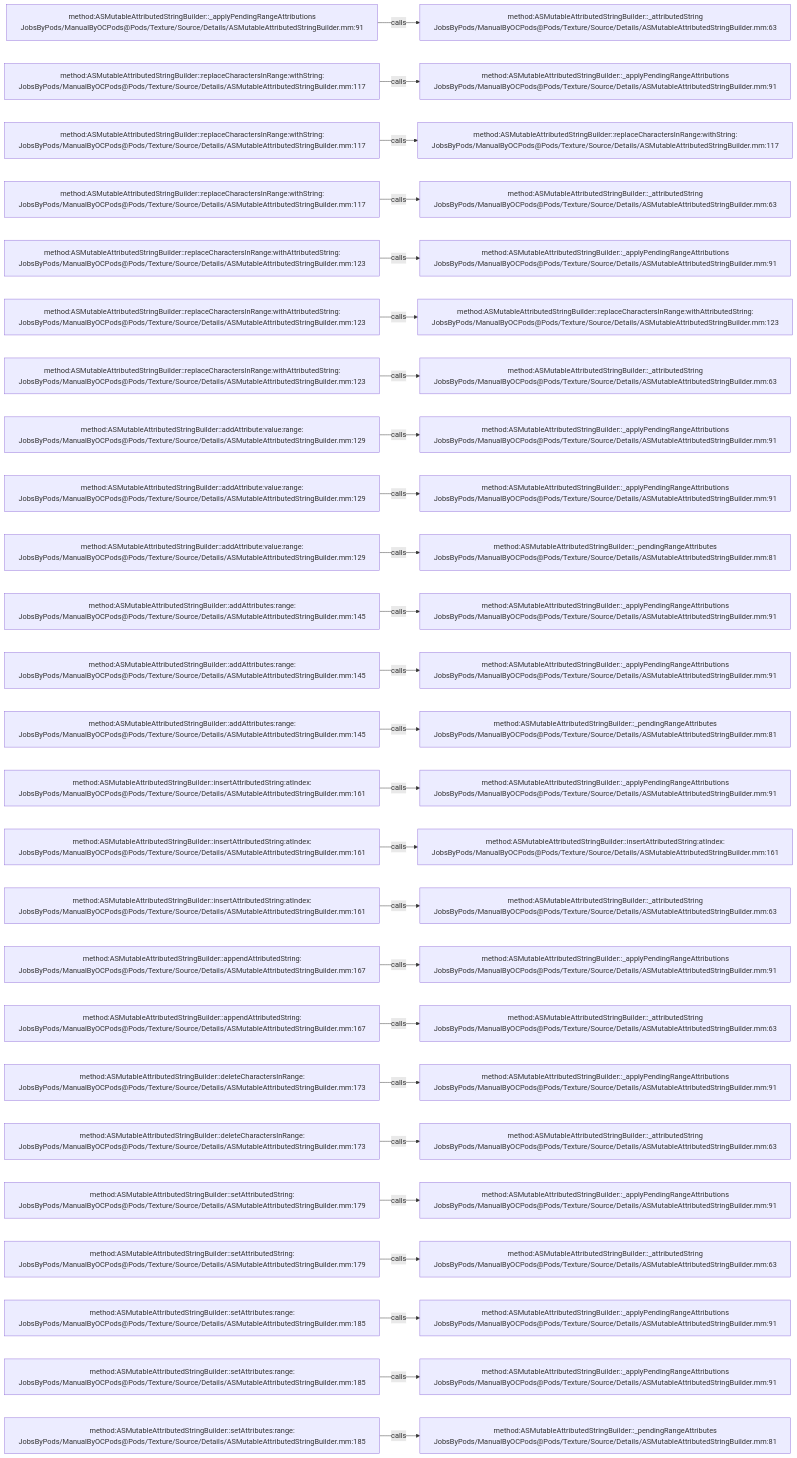
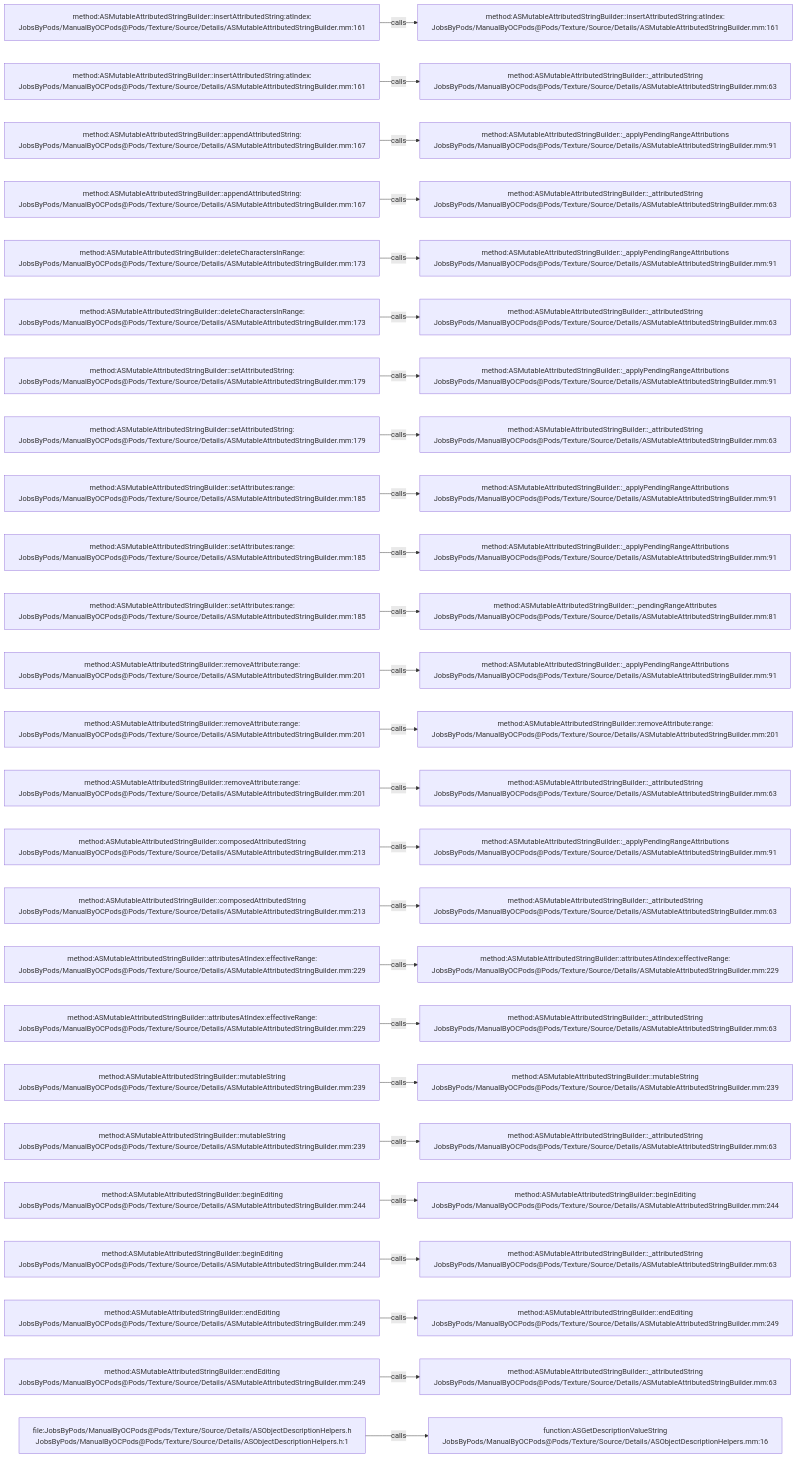
Before and after one commit to JobsKits/JobsOCBaseConfigDemo: the diagram in .codegraph/codegraph.md/graphs/calls-161.md, drawn with Mermaid. The commit also changed 296 other files, not shown here.

````diff
--- a/.codegraph/codegraph.md/graphs/calls-161.md
+++ b/.codegraph/codegraph.md/graphs/calls-161.md
@@ -13,78 +13,78 @@
 ```mermaid
 flowchart LR
-  S1["method:ASMutableAttributedStringBuilder::_applyPendingRangeAttributions<br/>JobsByPods/ManualByOCPods@Pods/Texture/Source/Details/ASMutableAttributedStringBuilder.mm:91"]
-  T1["method:ASMutableAttributedStringBuilder::_attributedString<br/>JobsByPods/ManualByOCPods@Pods/Texture/Source/Details/ASMutableAttributedStringBuilder.mm:63"]
+  S1["method:ASMutableAttributedStringBuilder::insertAttributedString:atIndex:<br/>JobsByPods/ManualByOCPods@Pods/Texture/Source/Details/ASMutableAttributedStringBuilder.mm:161"]
+  T1["method:ASMutableAttributedStringBuilder::insertAttributedString:atIndex:<br/>JobsByPods/ManualByOCPods@Pods/Texture/Source/Details/ASMutableAttributedStringBuilder.mm:161"]
   S1 -->|calls| T1
-  S2["method:ASMutableAttributedStringBuilder::replaceCharactersInRange:withString:<br/>JobsByPods/ManualByOCPods@Pods/Texture/Source/Details/ASMutableAttributedStringBuilder.mm:117"]
-  T2["method:ASMutableAttributedStringBuilder::_applyPendingRangeAttributions<br/>JobsByPods/ManualByOCPods@Pods/Texture/Source/Details/ASMutableAttributedStringBuilder.mm:91"]
+  S2["method:ASMutableAttributedStringBuilder::insertAttributedString:atIndex:<br/>JobsByPods/ManualByOCPods@Pods/Texture/Source/Details/ASMutableAttributedStringBuilder.mm:161"]
+  T2["method:ASMutableAttributedStringBuilder::_attributedString<br/>JobsByPods/ManualByOCPods@Pods/Texture/Source/Details/ASMutableAttributedStringBuilder.mm:63"]
   S2 -->|calls| T2
-  S3["method:ASMutableAttributedStringBuilder::replaceCharactersInRange:withString:<br/>JobsByPods/ManualByOCPods@Pods/Texture/Source/Details/ASMutableAttributedStringBuilder.mm:117"]
-  T3["method:ASMutableAttributedStringBuilder::replaceCharactersInRange:withString:<br/>JobsByPods/ManualByOCPods@Pods/Texture/Source/Details/ASMutableAttributedStringBuilder.mm:117"]
+  S3["method:ASMutableAttributedStringBuilder::appendAttributedString:<br/>JobsByPods/ManualByOCPods@Pods/Texture/Source/Details/ASMutableAttributedStringBuilder.mm:167"]
+  T3["method:ASMutableAttributedStringBuilder::_applyPendingRangeAttributions<br/>JobsByPods/ManualByOCPods@Pods/Texture/Source/Details/ASMutableAttributedStringBuilder.mm:91"]
   S3 -->|calls| T3
-  S4["method:ASMutableAttributedStringBuilder::replaceCharactersInRange:withString:<br/>JobsByPods/ManualByOCPods@Pods/Texture/Source/Details/ASMutableAttributedStringBuilder.mm:117"]
+  S4["method:ASMutableAttributedStringBuilder::appendAttributedString:<br/>JobsByPods/ManualByOCPods@Pods/Texture/Source/Details/ASMutableAttributedStringBuilder.mm:167"]
   T4["method:ASMutableAttributedStringBuilder::_attributedString<br/>JobsByPods/ManualByOCPods@Pods/Texture/Source/Details/ASMutableAttributedStringBuilder.mm:63"]
   S4 -->|calls| T4
-  S5["method:ASMutableAttributedStringBuilder::replaceCharactersInRange:withAttributedString:<br/>JobsByPods/ManualByOCPods@Pods/Texture/Source/Details/ASMutableAttributedStringBuilder.mm:123"]
+  S5["method:ASMutableAttributedStringBuilder::deleteCharactersInRange:<br/>JobsByPods/ManualByOCPods@Pods/Texture/Source/Details/ASMutableAttributedStringBuilder.mm:173"]
   T5["method:ASMutableAttributedStringBuilder::_applyPendingRangeAttributions<br/>JobsByPods/ManualByOCPods@Pods/Texture/Source/Details/ASMutableAttributedStringBuilder.mm:91"]
   S5 -->|calls| T5
-  S6["method:ASMutableAttributedStringBuilder::replaceCharactersInRange:withAttributedString:<br/>JobsByPods/ManualByOCPods@Pods/Texture/Source/Details/ASMutableAttributedStringBuilder.mm:123"]
-  T6["method:ASMutableAttributedStringBuilder::replaceCharactersInRange:withAttributedString:<br/>JobsByPods/ManualByOCPods@Pods/Texture/Source/Details/ASMutableAttributedStringBuilder.mm:123"]
+  S6["method:ASMutableAttributedStringBuilder::deleteCharactersInRange:<br/>JobsByPods/ManualByOCPods@Pods/Texture/Source/Details/ASMutableAttributedStringBuilder.mm:173"]
+  T6["method:ASMutableAttributedStringBuilder::_attributedString<br/>JobsByPods/ManualByOCPods@Pods/Texture/Source/Details/ASMutableAttributedStringBuilder.mm:63"]
   S6 -->|calls| T6
-  S7["method:ASMutableAttributedStringBuilder::replaceCharactersInRange:withAttributedString:<br/>JobsByPods/ManualByOCPods@Pods/Texture/Source/Details/ASMutableAttributedStringBuilder.mm:123"]
-  T7["method:ASMutableAttributedStringBuilder::_attributedString<br/>JobsByPods/ManualByOCPods@Pods/Texture/Source/Details/ASMutableAttributedStringBuilder.mm:63"]
+  S7["method:ASMutableAttributedStringBuilder::setAttributedString:<br/>JobsByPods/ManualByOCPods@Pods/Texture/Source/Details/ASMutableAttributedStringBuilder.mm:179"]
+  T7["method:ASMutableAttributedStringBuilder::_applyPendingRangeAttributions<br/>JobsByPods/ManualByOCPods@Pods/Texture/Source/Details/ASMutableAttributedStringBuilder.mm:91"]
   S7 -->|calls| T7
-  S8["method:ASMutableAttributedStringBuilder::addAttribute:value:range:<br/>JobsByPods/ManualByOCPods@Pods/Texture/Source/Details/ASMutableAttributedStringBuilder.mm:129"]
-  T8["method:ASMutableAttributedStringBuilder::_applyPendingRangeAttributions<br/>JobsByPods/ManualByOCPods@Pods/Texture/Source/Details/ASMutableAttributedStringBuilder.mm:91"]
+  S8["method:ASMutableAttributedStringBuilder::setAttributedString:<br/>JobsByPods/ManualByOCPods@Pods/Texture/Source/Details/ASMutableAttributedStringBuilder.mm:179"]
+  T8["method:ASMutableAttributedStringBuilder::_attributedString<br/>JobsByPods/ManualByOCPods@Pods/Texture/Source/Details/ASMutableAttributedStringBuilder.mm:63"]
   S8 -->|calls| T8
-  S9["method:ASMutableAttributedStringBuilder::addAttribute:value:range:<br/>JobsByPods/ManualByOCPods@Pods/Texture/Source/Details/ASMutableAttributedStringBuilder.mm:129"]
+  S9["method:ASMutableAttributedStringBuilder::setAttributes:range:<br/>JobsByPods/ManualByOCPods@Pods/Texture/Source/Details/ASMutableAttributedStringBuilder.mm:185"]
   T9["method:ASMutableAttributedStringBuilder::_applyPendingRangeAttributions<br/>JobsByPods/ManualByOCPods@Pods/Texture/Source/Details/ASMutableAttributedStringBuilder.mm:91"]
   S9 -->|calls| T9
-  S10["method:ASMutableAttributedStringBuilder::addAttribute:value:range:<br/>JobsByPods/ManualByOCPods@Pods/Texture/Source/Details/ASMutableAttributedStringBuilder.mm:129"]
-  T10["method:ASMutableAttributedStringBuilder::_pendingRangeAttributes<br/>JobsByPods/ManualByOCPods@Pods/Texture/Source/Details/ASMutableAttributedStringBuilder.mm:81"]
+  S10["method:ASMutableAttributedStringBuilder::setAttributes:range:<br/>JobsByPods/ManualByOCPods@Pods/Texture/Source/Details/ASMutableAttributedStringBuilder.mm:185"]
+  T10["method:ASMutableAttributedStringBuilder::_applyPendingRangeAttributions<br/>JobsByPods/ManualByOCPods@Pods/Texture/Source/Details/ASMutableAttributedStringBuilder.mm:91"]
   S10 -->|calls| T10
-  S11["method:ASMutableAttributedStringBuilder::addAttributes:range:<br/>JobsByPods/ManualByOCPods@Pods/Texture/Source/Details/ASMutableAttributedStringBuilder.mm:145"]
-  T11["method:ASMutableAttributedStringBuilder::_applyPendingRangeAttributions<br/>JobsByPods/ManualByOCPods@Pods/Texture/Source/Details/ASMutableAttributedStringBuilder.mm:91"]
+  S11["method:ASMutableAttributedStringBuilder::setAttributes:range:<br/>JobsByPods/ManualByOCPods@Pods/Texture/Source/Details/ASMutableAttributedStringBuilder.mm:185"]
+  T11["method:ASMutableAttributedStringBuilder::_pendingRangeAttributes<br/>JobsByPods/ManualByOCPods@Pods/Texture/Source/Details/ASMutableAttributedStringBuilder.mm:81"]
   S11 -->|calls| T11
-  S12["method:ASMutableAttributedStringBuilder::addAttributes:range:<br/>JobsByPods/ManualByOCPods@Pods/Texture/Source/Details/ASMutableAttributedStringBuilder.mm:145"]
+  S12["method:ASMutableAttributedStringBuilder::removeAttribute:range:<br/>JobsByPods/ManualByOCPods@Pods/Texture/Source/Details/ASMutableAttributedStringBuilder.mm:201"]
   T12["method:ASMutableAttributedStringBuilder::_applyPendingRangeAttributions<br/>JobsByPods/ManualByOCPods@Pods/Texture/Source/Details/ASMutableAttributedStringBuilder.mm:91"]
   S12 -->|calls| T12
-  S13["method:ASMutableAttributedStringBuilder::addAttributes:range:<br/>JobsByPods/ManualByOCPods@Pods/Texture/Source/Details/ASMutableAttributedStringBuilder.mm:145"]
-  T13["method:ASMutableAttributedStringBuilder::_pendingRangeAttributes<br/>JobsByPods/ManualByOCPods@Pods/Texture/Source/Details/ASMutableAttributedStringBuilder.mm:81"]
+  S13["method:ASMutableAttributedStringBuilder::removeAttribute:range:<br/>JobsByPods/ManualByOCPods@Pods/Texture/Source/Details/ASMutableAttributedStringBuilder.mm:201"]
+  T13["method:ASMutableAttributedStringBuilder::removeAttribute:range:<br/>JobsByPods/ManualByOCPods@Pods/Texture/Source/Details/ASMutableAttributedStringBuilder.mm:201"]
   S13 -->|calls| T13
-  S14["method:ASMutableAttributedStringBuilder::insertAttributedString:atIndex:<br/>JobsByPods/ManualByOCPods@Pods/Texture/Source/Details/ASMutableAttributedStringBuilder.mm:161"]
-  T14["method:ASMutableAttributedStringBuilder::_applyPendingRangeAttributions<br/>JobsByPods/ManualByOCPods@Pods/Texture/Source/Details/ASMutableAttributedStringBuilder.mm:91"]
+  S14["method:ASMutableAttributedStringBuilder::removeAttribute:range:<br/>JobsByPods/ManualByOCPods@Pods/Texture/Source/Details/ASMutableAttributedStringBuilder.mm:201"]
+  T14["method:ASMutableAttributedStringBuilder::_attributedString<br/>JobsByPods/ManualByOCPods@Pods/Texture/Source/Details/ASMutableAttributedStringBuilder.mm:63"]
   S14 -->|calls| T14
-  S15["method:ASMutableAttributedStringBuilder::insertAttributedString:atIndex:<br/>JobsByPods/ManualByOCPods@Pods/Texture/Source/Details/ASMutableAttributedStringBuilder.mm:161"]
-  T15["method:ASMutableAttributedStringBuilder::insertAttributedString:atIndex:<br/>JobsByPods/ManualByOCPods@Pods/Texture/Source/Details/ASMutableAttributedStringBuilder.mm:161"]
+  S15["method:ASMutableAttributedStringBuilder::composedAttributedString<br/>JobsByPods/ManualByOCPods@Pods/Texture/Source/Details/ASMutableAttributedStringBuilder.mm:213"]
+  T15["method:ASMutableAttributedStringBuilder::_applyPendingRangeAttributions<br/>JobsByPods/ManualByOCPods@Pods/Texture/Source/Details/ASMutableAttributedStringBuilder.mm:91"]
   S15 -->|calls| T15
-  S16["method:ASMutableAttributedStringBuilder::insertAttributedString:atIndex:<br/>JobsByPods/ManualByOCPods@Pods/Texture/Source/Details/ASMutableAttributedStringBuilder.mm:161"]
+  S16["method:ASMutableAttributedStringBuilder::composedAttributedString<br/>JobsByPods/ManualByOCPods@Pods/Texture/Source/Details/ASMutableAttributedStringBuilder.mm:213"]
   T16["method:ASMutableAttributedStringBuilder::_attributedString<br/>JobsByPods/ManualByOCPods@Pods/Texture/Source/Details/ASMutableAttributedStringBuilder.mm:63"]
   S16 -->|calls| T16
-  S17["method:ASMutableAttributedStringBuilder::appendAttributedString:<br/>JobsByPods/ManualByOCPods@Pods/Texture/Source/Details/ASMutableAttributedStringBuilder.mm:167"]
-  T17["method:ASMutableAttributedStringBuilder::_applyPendingRangeAttributions<br/>JobsByPods/ManualByOCPods@Pods/Texture/Source/Details/ASMutableAttributedStringBuilder.mm:91"]
+  S17["method:ASMutableAttributedStringBuilder::attributesAtIndex:effectiveRange:<br/>JobsByPods/ManualByOCPods@Pods/Texture/Source/Details/ASMutableAttributedStringBuilder.mm:229"]
+  T17["method:ASMutableAttributedStringBuilder::attributesAtIndex:effectiveRange:<br/>JobsByPods/ManualByOCPods@Pods/Texture/Source/Details/ASMutableAttributedStringBuilder.mm:229"]
   S17 -->|calls| T17
-  S18["method:ASMutableAttributedStringBuilder::appendAttributedString:<br/>JobsByPods/ManualByOCPods@Pods/Texture/Source/Details/ASMutableAttributedStringBuilder.mm:167"]
+  S18["method:ASMutableAttributedStringBuilder::attributesAtIndex:effectiveRange:<br/>JobsByPods/ManualByOCPods@Pods/Texture/Source/Details/ASMutableAttributedStringBuilder.mm:229"]
   T18["method:ASMutableAttributedStringBuilder::_attributedString<br/>JobsByPods/ManualByOCPods@Pods/Texture/Source/Details/ASMutableAttributedStringBuilder.mm:63"]
   S18 -->|calls| T18
-  S19["method:ASMutableAttributedStringBuilder::deleteCharactersInRange:<br/>JobsByPods/ManualByOCPods@Pods/Texture/Source/Details/ASMutableAttributedStringBuilder.mm:173"]
-  T19["method:ASMutableAttributedStringBuilder::_applyPendingRangeAttributions<br/>JobsByPods/ManualByOCPods@Pods/Texture/Source/Details/ASMutableAttributedStringBuilder.mm:91"]
+  S19["method:ASMutableAttributedStringBuilder::mutableString<br/>JobsByPods/ManualByOCPods@Pods/Texture/Source/Details/ASMutableAttributedStringBuilder.mm:239"]
+  T19["method:ASMutableAttributedStringBuilder::mutableString<br/>JobsByPods/ManualByOCPods@Pods/Texture/Source/Details/ASMutableAttributedStringBuilder.mm:239"]
   S19 -->|calls| T19
-  S20["method:ASMutableAttributedStringBuilder::deleteCharactersInRange:<br/>JobsByPods/ManualByOCPods@Pods/Texture/Source/Details/ASMutableAttributedStringBuilder.mm:173"]
+  S20["method:ASMutableAttributedStringBuilder::mutableString<br/>JobsByPods/ManualByOCPods@Pods/Texture/Source/Details/ASMutableAttributedStringBuilder.mm:239"]
   T20["method:ASMutableAttributedStringBuilder::_attributedString<br/>JobsByPods/ManualByOCPods@Pods/Texture/Source/Details/ASMutableAttributedStringBuilder.mm:63"]
   S20 -->|calls| T20
-  S21["method:ASMutableAttributedStringBuilder::setAttributedString:<br/>JobsByPods/ManualByOCPods@Pods/Texture/Source/Details/ASMutableAttributedStringBuilder.mm:179"]
-  T21["method:ASMutableAttributedStringBuilder::_applyPendingRangeAttributions<br/>JobsByPods/ManualByOCPods@Pods/Texture/Source/Details/ASMutableAttributedStringBuilder.mm:91"]
+  S21["method:ASMutableAttributedStringBuilder::beginEditing<br/>JobsByPods/ManualByOCPods@Pods/Texture/Source/Details/ASMutableAttributedStringBuilder.mm:244"]
+  T21["method:ASMutableAttributedStringBuilder::beginEditing<br/>JobsByPods/ManualByOCPods@Pods/Texture/Source/Details/ASMutableAttributedStringBuilder.mm:244"]
   S21 -->|calls| T21
-  S22["method:ASMutableAttributedStringBuilder::setAttributedString:<br/>JobsByPods/ManualByOCPods@Pods/Texture/Source/Details/ASMutableAttributedStringBuilder.mm:179"]
+  S22["method:ASMutableAttributedStringBuilder::beginEditing<br/>JobsByPods/ManualByOCPods@Pods/Texture/Source/Details/ASMutableAttributedStringBuilder.mm:244"]
   T22["method:ASMutableAttributedStringBuilder::_attributedString<br/>JobsByPods/ManualByOCPods@Pods/Texture/Source/Details/ASMutableAttributedStringBuilder.mm:63"]
   S22 -->|calls| T22
-  S23["method:ASMutableAttributedStringBuilder::setAttributes:range:<br/>JobsByPods/ManualByOCPods@Pods/Texture/Source/Details/ASMutableAttributedStringBuilder.mm:185"]
-  T23["method:ASMutableAttributedStringBuilder::_applyPendingRangeAttributions<br/>JobsByPods/ManualByOCPods@Pods/Texture/Source/Details/ASMutableAttributedStringBuilder.mm:91"]
+  S23["method:ASMutableAttributedStringBuilder::endEditing<br/>JobsByPods/ManualByOCPods@Pods/Texture/Source/Details/ASMutableAttributedStringBuilder.mm:249"]
+  T23["method:ASMutableAttributedStringBuilder::endEditing<br/>JobsByPods/ManualByOCPods@Pods/Texture/Source/Details/ASMutableAttributedStringBuilder.mm:249"]
   S23 -->|calls| T23
-  S24["method:ASMutableAttributedStringBuilder::setAttributes:range:<br/>JobsByPods/ManualByOCPods@Pods/Texture/Source/Details/ASMutableAttributedStringBuilder.mm:185"]
-  T24["method:ASMutableAttributedStringBuilder::_applyPendingRangeAttributions<br/>JobsByPods/ManualByOCPods@Pods/Texture/Source/Details/ASMutableAttributedStringBuilder.mm:91"]
+  S24["method:ASMutableAttributedStringBuilder::endEditing<br/>JobsByPods/ManualByOCPods@Pods/Texture/Source/Details/ASMutableAttributedStringBuilder.mm:249"]
+  T24["method:ASMutableAttributedStringBuilder::_attributedString<br/>JobsByPods/ManualByOCPods@Pods/Texture/Source/Details/ASMutableAttributedStringBuilder.mm:63"]
   S24 -->|calls| T24
-  S25["method:ASMutableAttributedStringBuilder::setAttributes:range:<br/>JobsByPods/ManualByOCPods@Pods/Texture/Source/Details/ASMutableAttributedStringBuilder.mm:185"]
-  T25["method:ASMutableAttributedStringBuilder::_pendingRangeAttributes<br/>JobsByPods/ManualByOCPods@Pods/Texture/Source/Details/ASMutableAttributedStringBuilder.mm:81"]
+  S25["file:JobsByPods/ManualByOCPods@Pods/Texture/Source/Details/ASObjectDescriptionHelpers.h<br/>JobsByPods/ManualByOCPods@Pods/Texture/Source/Details/ASObjectDescriptionHelpers.h:1"]
+  T25["function:ASGetDescriptionValueString<br/>JobsByPods/ManualByOCPods@Pods/Texture/Source/Details/ASObjectDescriptionHelpers.mm:16"]
   S25 -->|calls| T25
 ```
````
